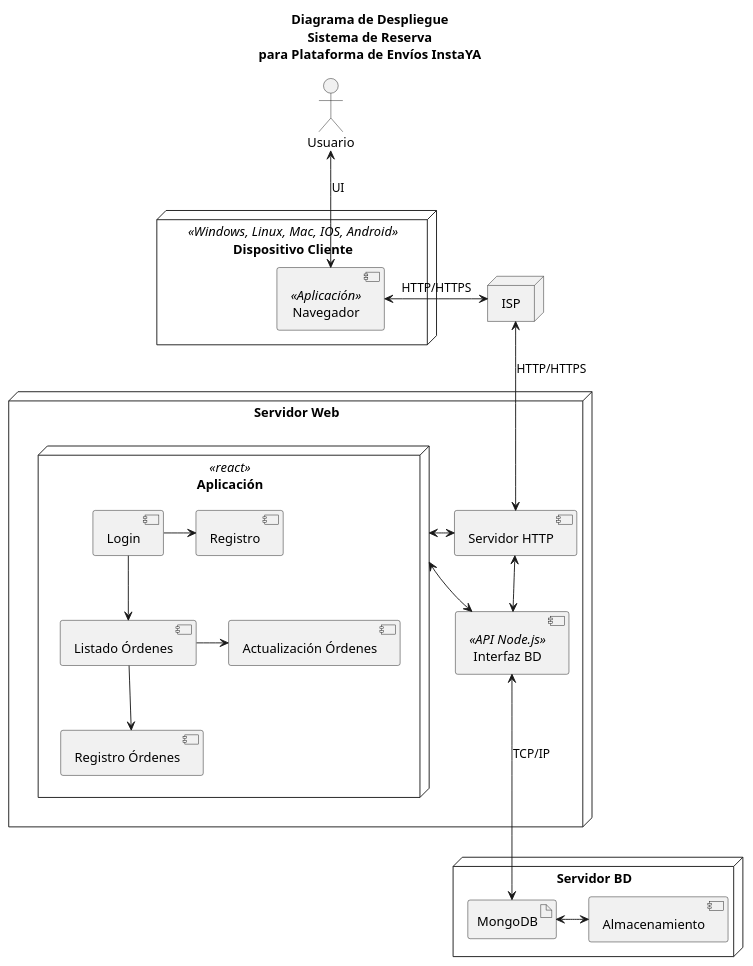
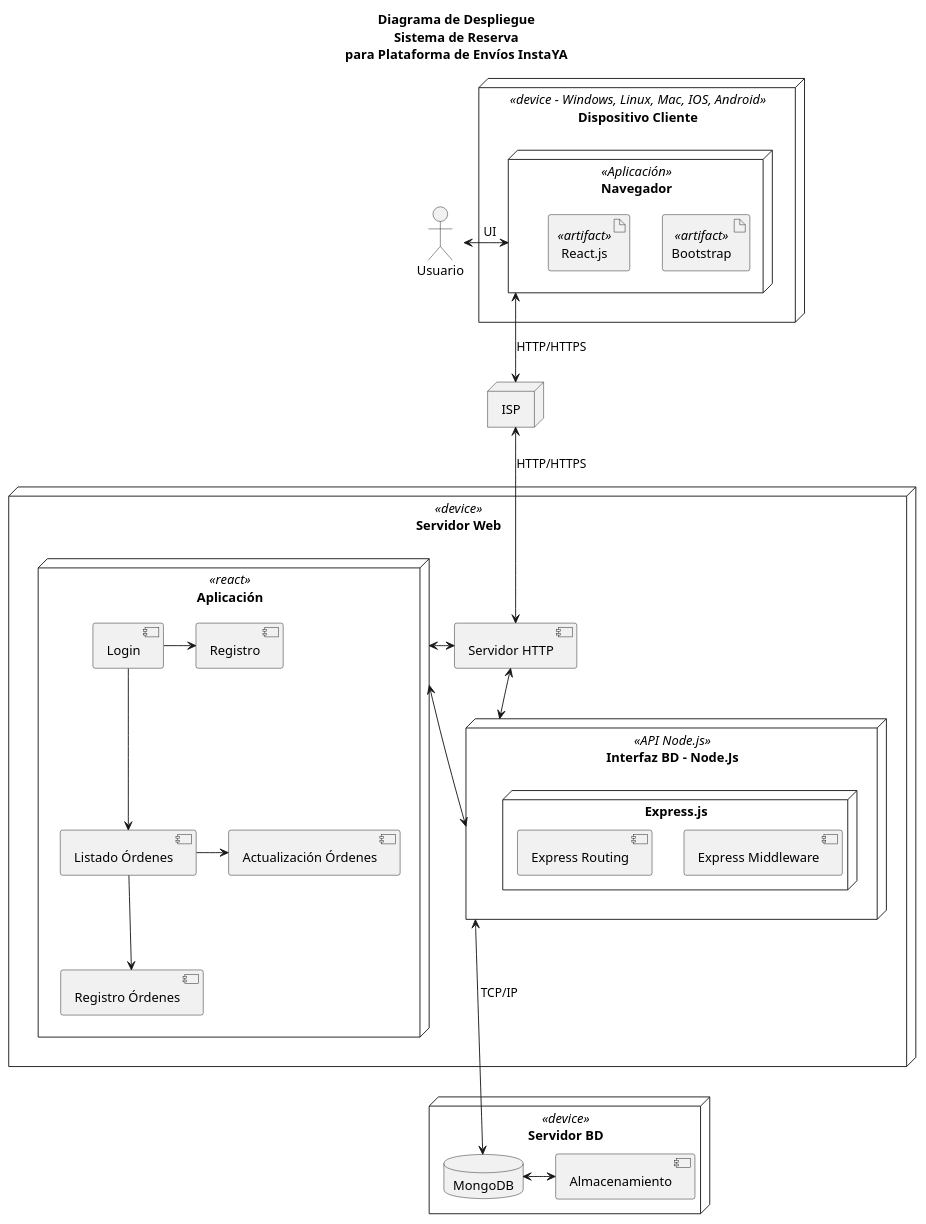
The diagram in assets-documento/puml/diagrama-despliegue01.puml (proyectoCiclo4MinTic/instaYa), drawn with PlantUML before and after one commit. The commit also changed 4 other files, not shown here.

Commit message:
commit README.md corrección diagrama to 'angel'

```diff
--- a/assets-documento/puml/diagrama-despliegue01.puml
+++ b/assets-documento/puml/diagrama-despliegue01.puml
@@ -1,64 +1,74 @@
 @startuml
 
 ' !include https://raw.githubusercontent.com/ptrkcsk/one-dark-plantuml-theme/v1.0.0/theme.puml
 
 title Diagrama de Despliegue\nSistema de Reserva\npara Plataforma de Envíos InstaYA
 actor "Usuario"
 ' node node [
 ' <b>Sistema de Login
 ' ----
 ' Inicializa el panel de usuario
 ' Registra Usuario
 
 ' ]
 
-node "Dispositivo Cliente" <<Windows, Linux, Mac, IOS, Android>> {
+node "Dispositivo Cliente" <<device - Windows, Linux, Mac, IOS, Android>> {
 
-    [Navegador] <<Aplicación>>
+    node Navegador <<Aplicación>> {
+        artifact Bootstrap <<artifact>>
+        artifact React.js <<artifact>>
+    }
 
 }
 
-node "Servidor Web" {
+node "Servidor Web" <<device>> {
     node "Aplicación" <<react>> {
         [Login]
         [Registro]
         [Listado Órdenes]
         [Registro Órdenes]
         [Actualización Órdenes]
 
     }
     component "Servidor HTTP"
-    component "Interfaz BD" <<API Node.js>>
+    node "Interfaz BD - Node.Js" <<API Node.js>> as IBD {
+        node "Express.js" {
+            [Express Middleware]
+            [Express Routing]
+
+        }
+
+    }
 }
 
-node "Servidor BD" {
-    
-    artifact "MongoDB"
+node "Servidor BD" <<device>> {
+
+    database "MongoDB"
     component "Almacenamiento"
 }
 
 ' node ISP <<Access Point>> {
 '     rectangle "???"
 ' }
 node "ISP"
 
-[Usuario] <--> [Navegador] : UI
 
-[Navegador] <-> ISP : HTTP/HTTPS
+[Usuario] <-> Navegador : UI
+Navegador <--> ISP : HTTP/HTTPS
 ISP <--> [Servidor HTTP] : HTTP/HTTPS
 
 Aplicación <-> [Servidor HTTP]
-Aplicación <-> [Interfaz BD]
-[Servidor HTTP] <--> [Interfaz BD]
+Aplicación <-> IBD
+[Servidor HTTP] <--> IBD
 
 
 ' [Navegador] <--> [Servidor HTTP] : <<HTTP/HTTPS>>\nISP
-[Interfaz BD] <---> [MongoDB] : TCP/IP
+IBD <---> [MongoDB] : TCP/IP
 [MongoDB] <-> [Almacenamiento]
 
 [Login] -> [Registro]
 [Login] --> [Listado Órdenes]
 [Listado Órdenes] -> [Actualización Órdenes]
 [Listado Órdenes] --> [Registro Órdenes]
 
 @enduml
```
